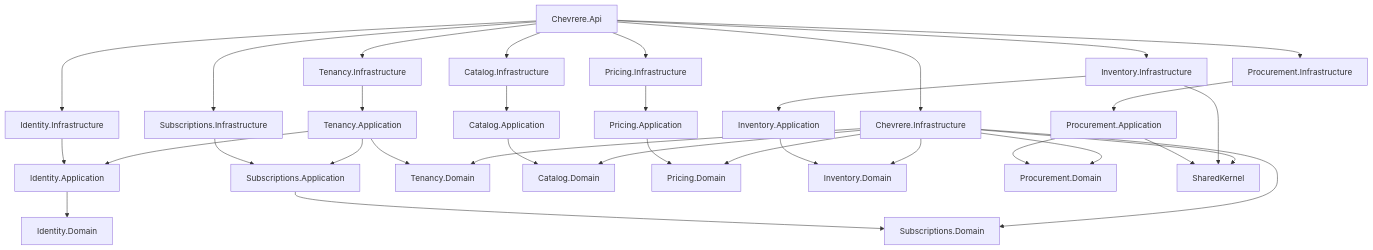
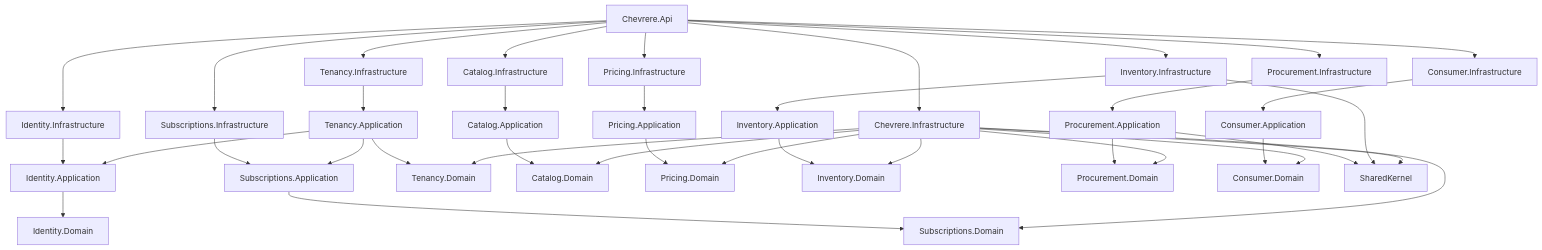
One commit to adolfojinete/Chevrere changed the diagram in docs/architecture.md. Above: the diagram before and after it, drawn with Mermaid. The commit also changed other lines of this file and 46 other files, not shown here.

````diff
--- a/docs/architecture.md
+++ b/docs/architecture.md
@@ -134,41 +145,45 @@
 ```mermaid
 flowchart TD
     Api[Chevrere.Api] --> IdentityInfra[Identity.Infrastructure]
     Api --> TenancyInfra[Tenancy.Infrastructure]
     Api --> SubsInfra[Subscriptions.Infrastructure]
     Api --> CatalogInfra[Catalog.Infrastructure]
     Api --> PricingInfra[Pricing.Infrastructure]
     Api --> InventoryInfra[Inventory.Infrastructure]
     Api --> ProcInfra[Procurement.Infrastructure]
+    Api --> ConsumerInfra[Consumer.Infrastructure]
     Api --> SharedInfra[Chevrere.Infrastructure]
 
     IdentityInfra --> IdentityApp[Identity.Application]
     TenancyInfra --> TenancyApp[Tenancy.Application]
     SubsInfra --> SubsApp[Subscriptions.Application]
     CatalogInfra --> CatalogApp[Catalog.Application]
     PricingInfra --> PricingApp[Pricing.Application]
     InventoryInfra --> InventoryApp[Inventory.Application]
     ProcInfra --> ProcApp[Procurement.Application]
+    ConsumerInfra --> ConsumerApp[Consumer.Application]
 
     TenancyApp --> IdentityApp
     TenancyApp --> SubsApp
 
     IdentityApp --> IdentityDomain[Identity.Domain]
     TenancyApp --> TenancyDomain[Tenancy.Domain]
     SubsApp --> SubsDomain[Subscriptions.Domain]
     CatalogApp --> CatalogDomain[Catalog.Domain]
     PricingApp --> PricingDomain[Pricing.Domain]
     InventoryApp --> InventoryDomain[Inventory.Domain]
     ProcApp --> ProcDomain[Procurement.Domain]
+    ConsumerApp --> ConsumerDomain[Consumer.Domain]
 
     ProcApp --> SharedKernel[SharedKernel]
     InventoryInfra --> SharedKernel
 
     SharedInfra --> CatalogDomain
     SharedInfra --> PricingDomain
     SharedInfra --> InventoryDomain
     SharedInfra --> ProcDomain
+    SharedInfra --> ConsumerDomain
     SharedInfra --> TenancyDomain
     SharedInfra --> SubsDomain
     SharedInfra --> SharedKernel
 ```
````
